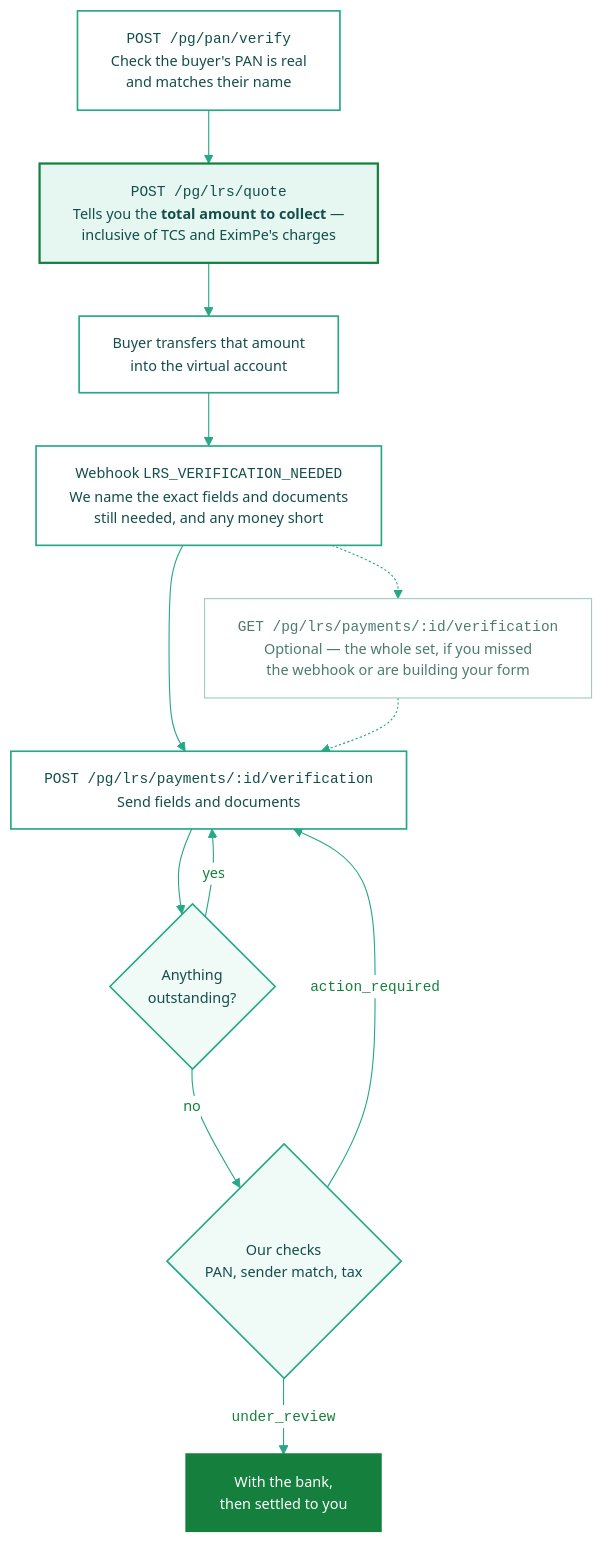
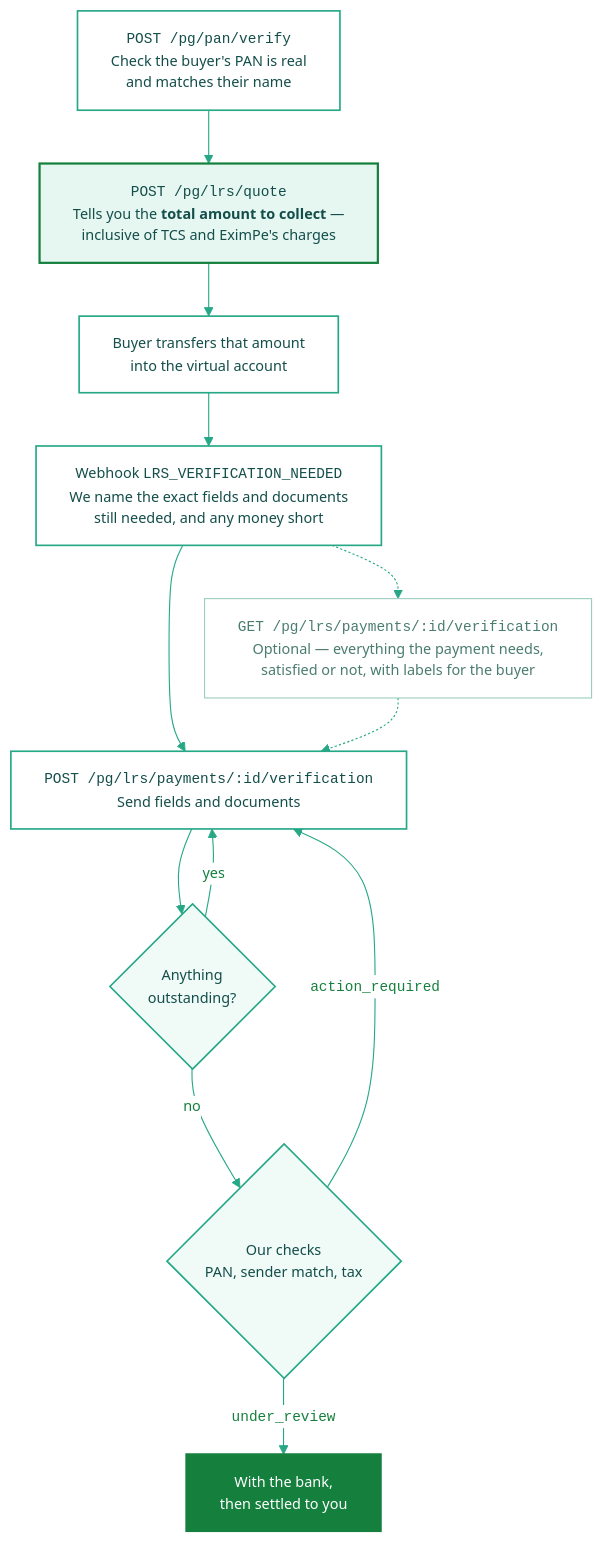
Before and after one commit to akhil-kumar-mg-mint/docs: the diagram in integration-guide/v3/web-integration/lrs-verification.mdx, drawn with Mermaid. The commit also changed other lines of this file, not shown here.

Commit message:
docs(v3): the GET node says what it returns, not when to use it
'Optional — the whole set, if you missed the webhook or are building your form'
put a use case in a flowchart node, and 'your form' assumed the reader knows that
means the screen they show the buyer.

Node now describes the call: everything the payment needs, satisfied or not, with
labels for the buyer. The when-to-use-it cases stay in the prose below, spelled
out — missed the webhook, picking up a payment someone started days ago, or
building the screen you show the buyer.

````diff
--- a/integration-guide/v3/web-integration/lrs-verification.mdx
+++ b/integration-guide/v3/web-integration/lrs-verification.mdx
@@ -20,47 +20,47 @@
 ```mermaid
 %%{init: {
   "theme": "base",
   "themeVariables": {
     "fontFamily": "ui-sans-serif, system-ui, -apple-system, sans-serif",
     "fontSize": "13px",
     "primaryColor": "#ffffff",
     "primaryTextColor": "#15803d",
     "primaryBorderColor": "#26a887",
     "lineColor": "#26a887",
     "tertiaryColor": "#ffffff",
     "edgeLabelBackground": "#ffffff"
   },
   "flowchart": { "curve": "basis", "htmlLabels": true, "wrappingWidth": 340, "nodeSpacing": 44, "rankSpacing": 48 }
 }}%%
 flowchart TD
     A["<code>POST /pg/pan/verify</code><br/>Check the buyer's PAN is real<br/>and matches their name"]
     B["<code>POST /pg/lrs/quote</code><br/>Tells you the <b>total amount to collect</b> —<br/>inclusive of TCS and EximPe's charges"]
     C["Buyer transfers that amount<br/>into the virtual account"]
     D["Webhook <code>LRS_VERIFICATION_NEEDED</code><br/>We name the exact fields and documents<br/>still needed, and any money short"]
     E["<code>POST /pg/lrs/payments/:id/verification</code><br/>Send fields and documents"]
     F{"Anything<br/>outstanding?"}
     G{"Our checks<br/>PAN, sender match, tax"}
     H["With the bank,<br/>then settled to you"]
-    X["<code>GET /pg/lrs/payments/:id/verification</code><br/>Optional — the whole set, if you missed<br/>the webhook or are building your form"]
+    X["<code>GET /pg/lrs/payments/:id/verification</code><br/>Optional — everything the payment needs,<br/>satisfied or not, with labels for the buyer"]
 
     A --> B --> C --> D --> E --> F
     F -- "yes" --> E
     F -- "no" --> G
     G -- "<code>action_required</code>" --> E
     G -- "<code>under_review</code>" --> H
     D -.-> X
     X -.-> E
 
     classDef step fill:#ffffff,stroke:#26a887,stroke-width:1.5px,color:#134e4a
     classDef gate fill:#f0faf7,stroke:#26a887,stroke-width:1.5px,color:#134e4a
     classDef emphasis fill:#e6f6f1,stroke:#15803d,stroke-width:2px,color:#134e4a
     classDef done fill:#15803d,stroke:#15803d,stroke-width:2px,color:#ffffff
     classDef aside fill:#ffffff,stroke:#9ccdbf,stroke-width:1px,color:#4a7c6f
 
     class A,C,D,E step
     class B emphasis
     class F,G gate
     class H done
     class X aside
 
 ```
````
